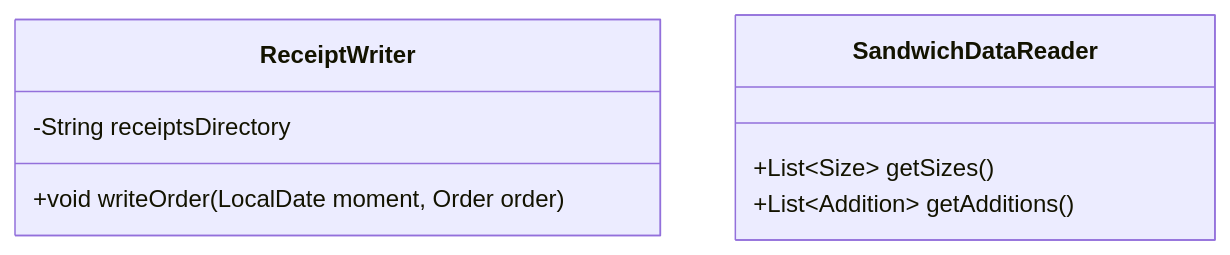
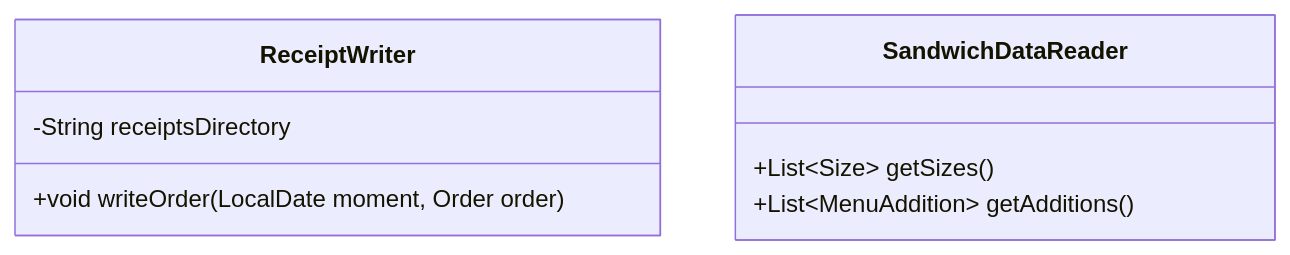
The second of 4 diagrams in diagrams/class_diagrams.md (yuujn/nuclear-subs), drawn with Mermaid before and after one commit. The commit also changed 6 other files, not shown here.

````diff
--- a/diagrams/class_diagrams.md
+++ b/diagrams/class_diagrams.md
@@ -54,12 +54,12 @@
 ```mermaid
 classDiagram
     class ReceiptWriter {
         -String receiptsDirectory
         +void writeOrder(LocalDate moment, Order order)
     }
     class SandwichDataReader {
         +List&lt;Size&gt; getSizes()
         
-        +List&lt;Addition&gt; getAdditions()
+        +List&lt;MenuAddition&gt; getAdditions()
     }
 ```
````
